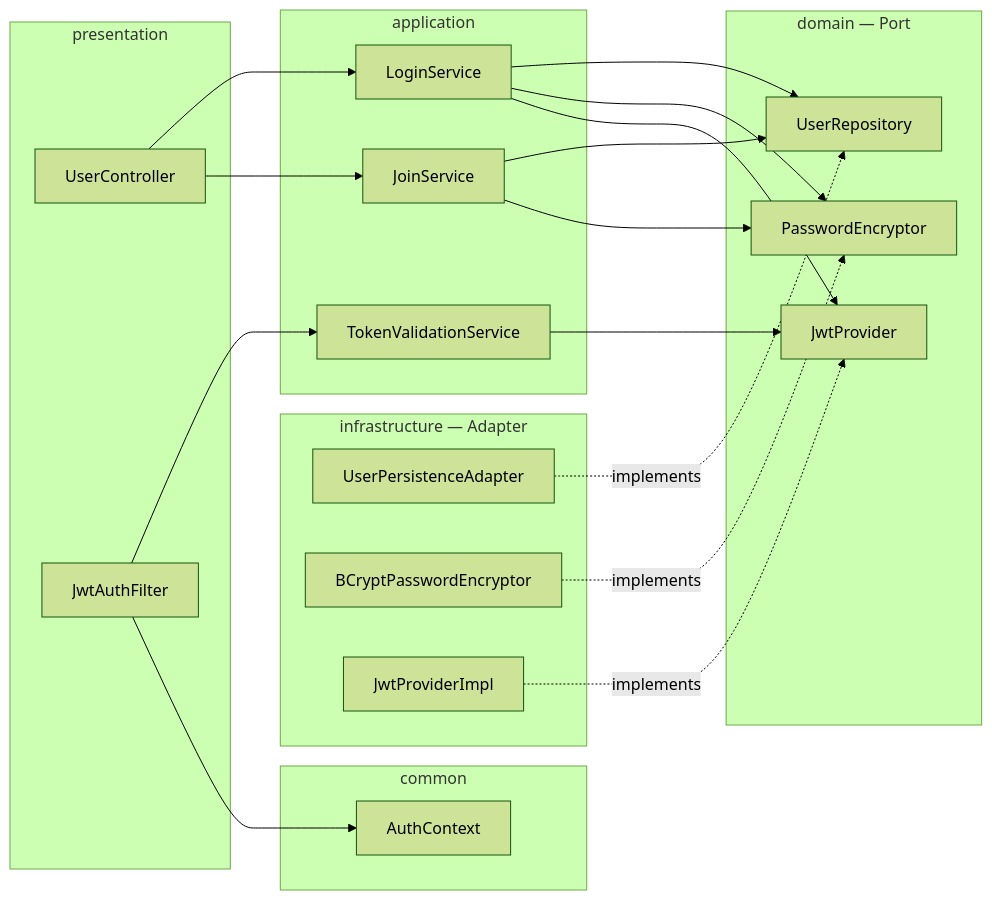
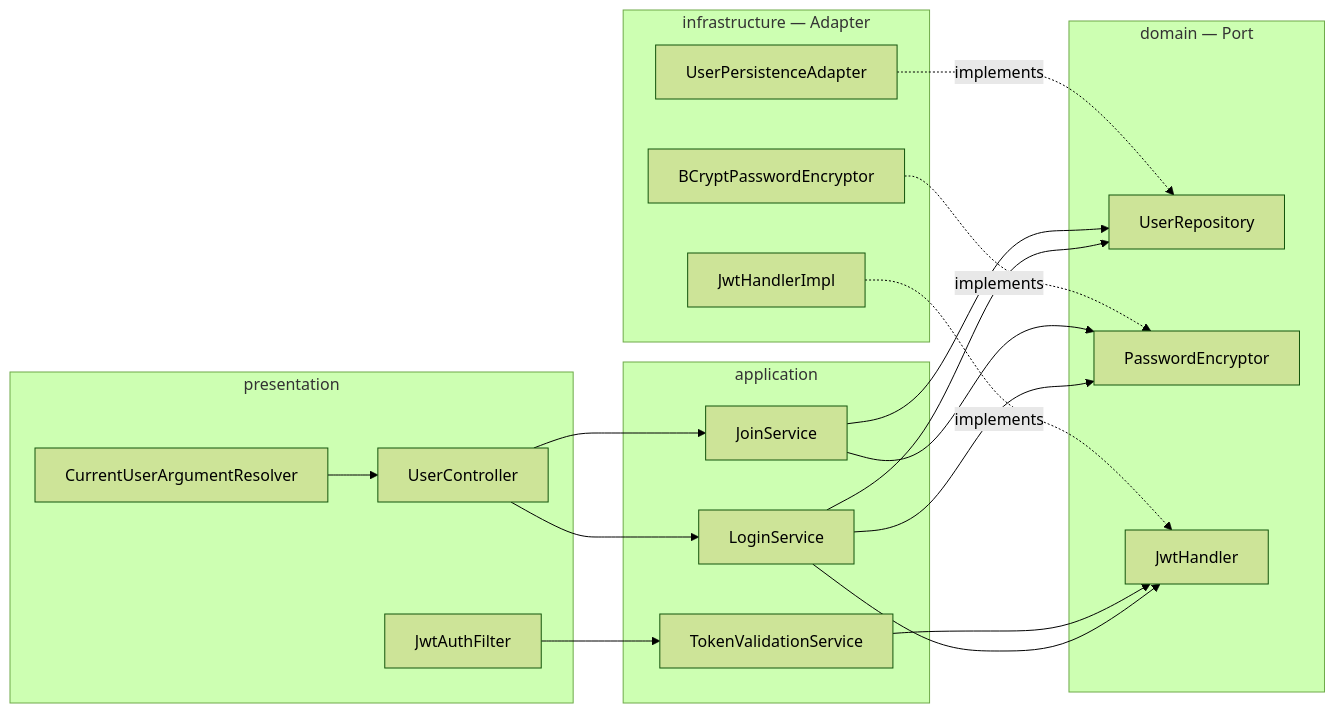
Before and after one commit to GoToOOP2/OOP: the first of 4 diagrams in docs/auth/AUTH.md, drawn with Mermaid (forest theme). The commit also changed other lines of this file, not shown here.

Commit message:
fix: 인가 mermaid 화면 이슈 해결

````diff
--- a/docs/auth/AUTH.md
+++ b/docs/auth/AUTH.md
@@ -24,41 +24,38 @@
 ```mermaid
 flowchart LR
     subgraph presentation
         UC["UserController"]
         F["JwtAuthFilter"]
+        AR["CurrentUserArgumentResolver"]
     end
 
     subgraph application
         JU["JoinService"]
         LU["LoginService"]
         TV["TokenValidationService"]
     end
 
     subgraph domain["domain — Port"]
         UR["UserRepository"]
         PE["PasswordEncryptor"]
-        JP["JwtProvider"]
+        JH["JwtHandler"]
     end
 
     subgraph infrastructure["infrastructure — Adapter"]
         UPA["UserPersistenceAdapter"]
         BCE["BCryptPasswordEncryptor"]
-        JPI["JwtProviderImpl"]
-    end
-
-    subgraph common
-        AC["AuthContext"]
+        JHI["JwtHandlerImpl"]
     end
 
     UC --> LU & JU
     F  --> TV
-    F  --> AC
+    AR --> UC
 
-    LU --> UR & PE & JP
+    LU --> UR & PE & JH
     JU --> UR & PE
-    TV --> JP
+    TV --> JH
 
     UPA -. implements .-> UR
     BCE -. implements .-> PE
-    JPI -. implements .-> JP
+    JHI -. implements .-> JH
 ```
````
